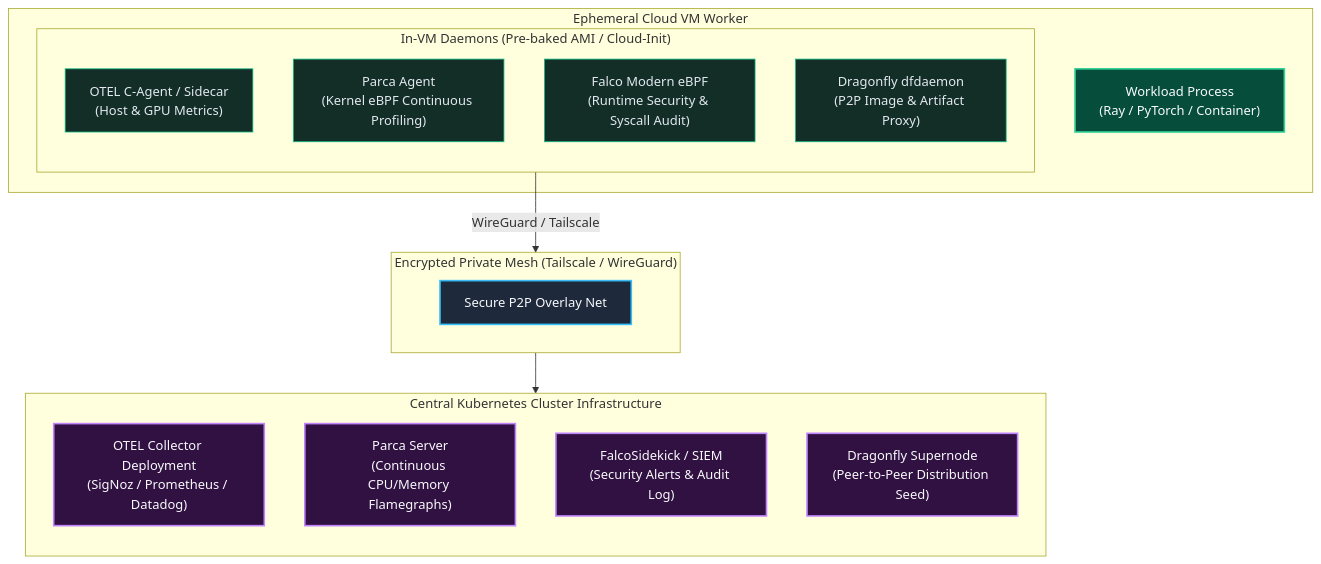
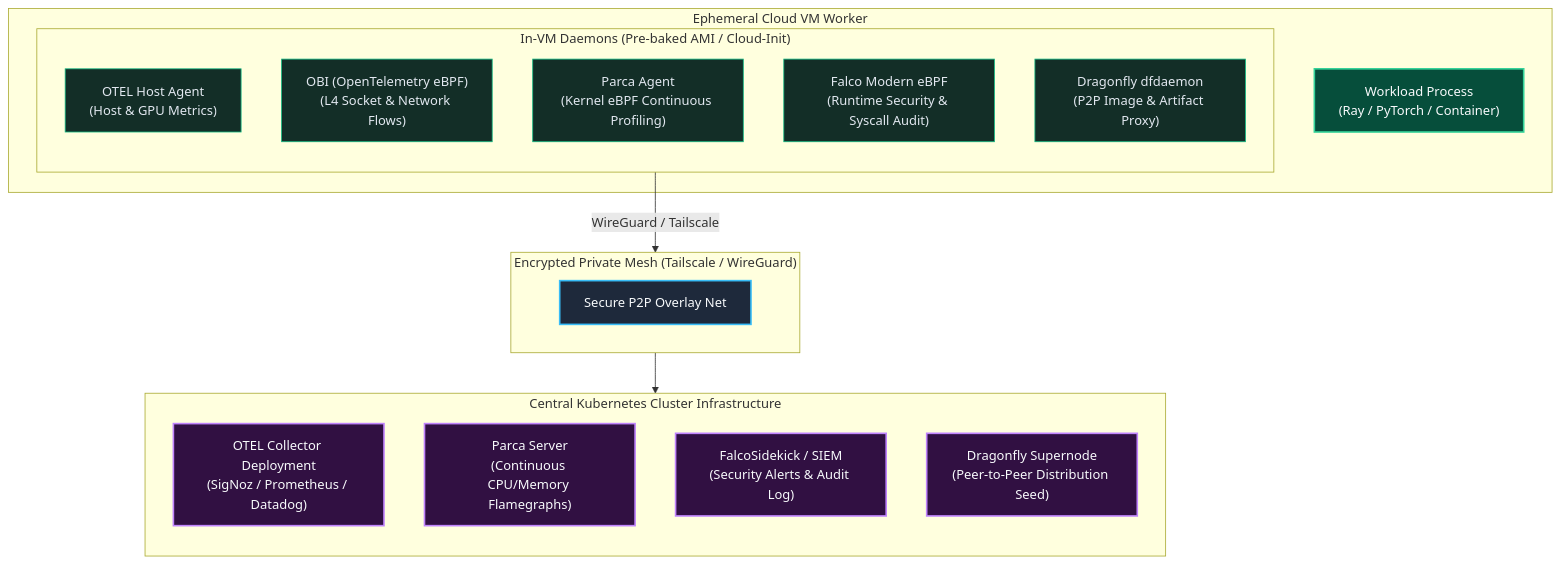
Before and after one commit to simonepri/interlink-cloudvm-plugin: the sixth of 6 diagrams in readme.md, drawn with Mermaid. The commit also changed other lines of this file, not shown here.

Commit message:
docs: add core engines transition and OBI eBPF network flow architecture

````diff
--- a/readme.md
+++ b/readme.md
@@ -214,35 +222,36 @@
 ```mermaid
 flowchart TD
     classDef vm fill:#064E3B,stroke:#34D399,stroke-width:2px,color:#F8FAFC
     classDef daemon fill:#132E27,stroke:#10B981,stroke-width:1px,color:#E2E8F0
     classDef mesh fill:#1E293B,stroke:#38BDF8,stroke-width:2px,color:#F8FAFC
     classDef central fill:#311042,stroke:#C084FC,stroke-width:2px,color:#F8FAFC
 
     subgraph VM["Ephemeral Cloud VM Worker"]
         Workload["Workload Process\n(Ray / PyTorch / Container)"]:::vm
         
         subgraph Agents["In-VM Daemons (Pre-baked AMI / Cloud-Init)"]
             direction TB
-            OTEL["OTEL C-Agent / Sidecar\n(Host & GPU Metrics)"]:::daemon
+            OTEL["OTEL Host Agent\n(Host & GPU Metrics)"]:::daemon
+            OBI["OBI (OpenTelemetry eBPF)\n(L4 Socket & Network Flows)"]:::daemon
             Parca["Parca Agent\n(Kernel eBPF Continuous Profiling)"]:::daemon
             Falco["Falco Modern eBPF\n(Runtime Security & Syscall Audit)"]:::daemon
             Dragonfly["Dragonfly dfdaemon\n(P2P Image & Artifact Proxy)"]:::daemon
         end
     end
 
     subgraph Mesh["Encrypted Private Mesh (Tailscale / WireGuard)"]
         direction LR
         M1["Secure P2P Overlay Net"]:::mesh
     end
 
     subgraph Cluster["Central Kubernetes Cluster Infrastructure"]
         direction TB
         C1["OTEL Collector Deployment\n(SigNoz / Prometheus / Datadog)"]:::central
         C2["Parca Server\n(Continuous CPU/Memory Flamegraphs)"]:::central
         C3["FalcoSidekick / SIEM\n(Security Alerts & Audit Log)"]:::central
         C4["Dragonfly Supernode\n(Peer-to-Peer Distribution Seed)"]:::central
     end
 
     Agents -->|WireGuard / Tailscale| Mesh
     Mesh --> Cluster
 ```
````
